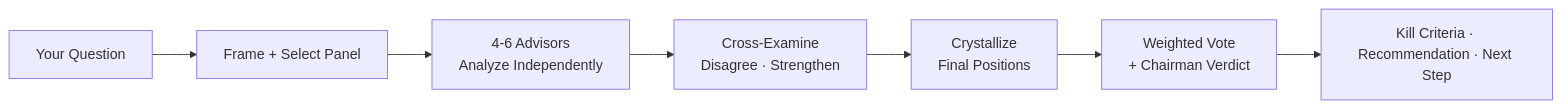
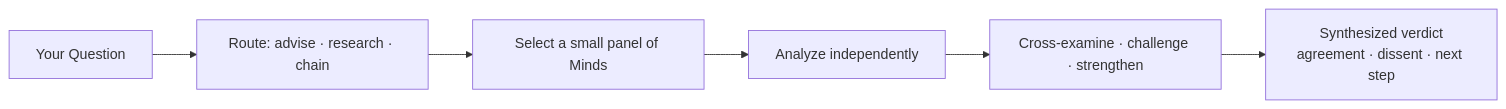
Before and after one commit to BhavanPatel/council-of-minds: the diagram in README.md, drawn with Mermaid. The commit also changed other lines of this file and 44 other files, not shown here.

First line of the commit message:
refactor: reframe as a council of Minds (advisors + researchers)

````diff
--- a/README.md
+++ b/README.md
@@ -54,9 +58,8 @@
 ```mermaid
 graph LR
-    Q["Your Question"] --> Frame["Frame + Select Panel"]
-    Frame --> Analyze["4-6 Advisors<br/>Analyze Independently"]
-    Analyze --> Cross["Cross-Examine<br/>Disagree · Strengthen"]
-    Cross --> Crystal["Crystallize<br/>Final Positions"]
-    Crystal --> Vote["Weighted Vote<br/>+ Chairman Verdict"]
-    Vote --> V["Kill Criteria · Recommendation · Next Step"]
+    Q["Your Question"] --> Route["Route: advise · research · chain"]
+    Route --> Panel["Select a small panel of Minds"]
+    Panel --> Work["Analyze independently"]
+    Work --> Cross["Cross-examine · challenge · strengthen"]
+    Cross --> Verdict["Synthesized verdict<br/>agreement · dissent · next step"]
 ```
````
